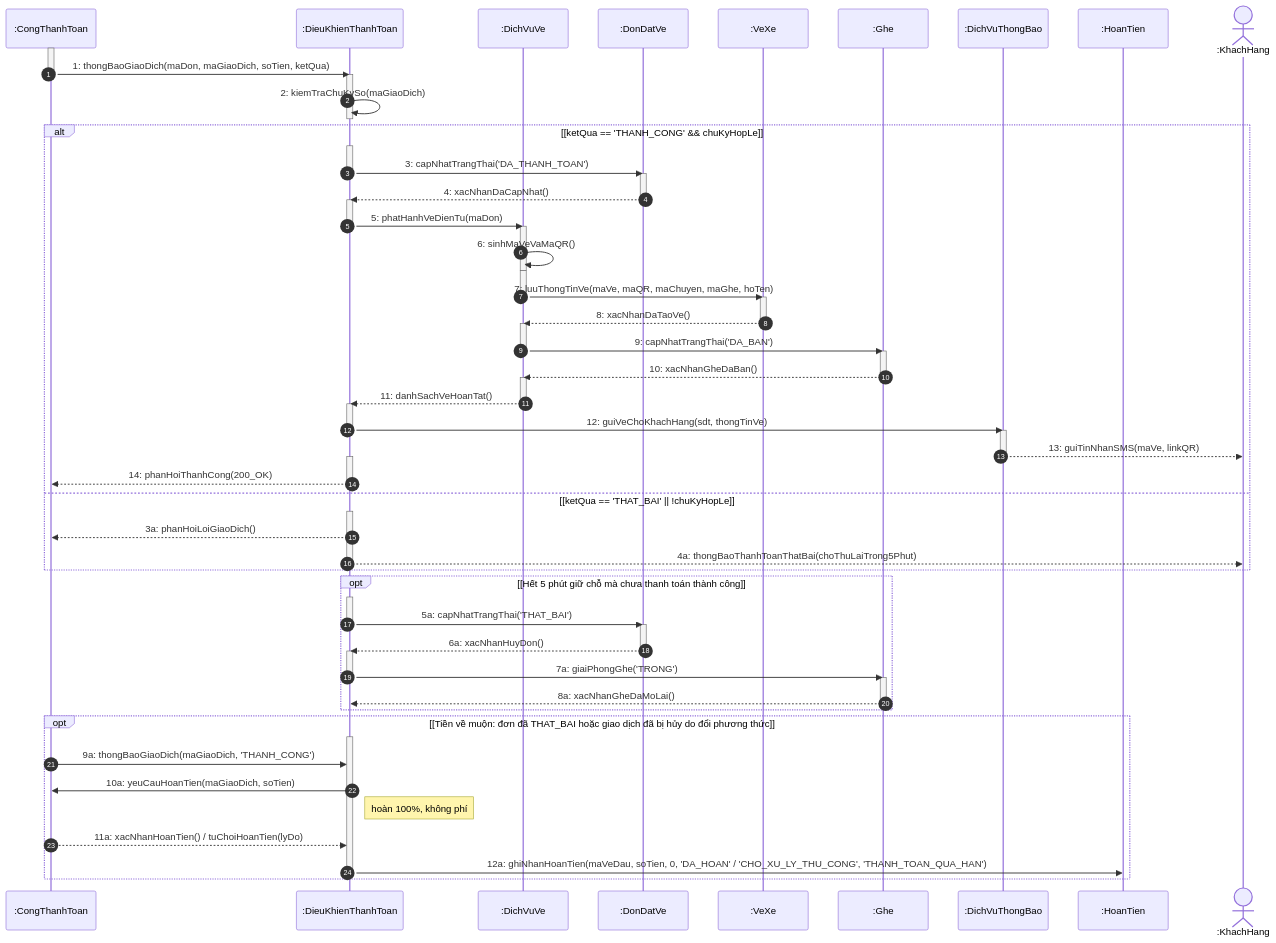
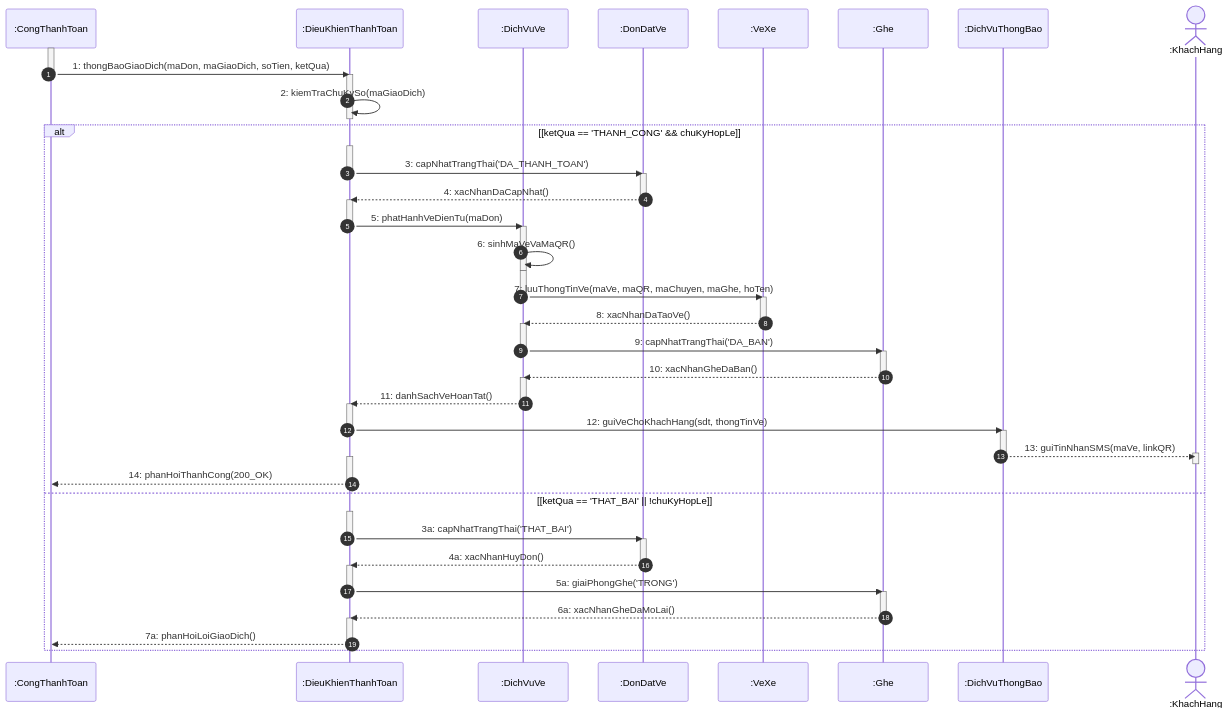
The fourth of 20 diagrams in docs/sequence/Sequence_diagram.md (Longcodepro/Project_OOAD_HK1_2026-2027), drawn with Mermaid before and after one commit. The commit also changed other lines of this file, not shown here.

Commit message:
Add 2.18 (UC18) in sequence diagram

````diff
--- a/docs/sequence/Sequence_diagram.md
+++ b/docs/sequence/Sequence_diagram.md
@@ -325,7 +331,6 @@
     participant VE as :VeXe
     participant GHE as :Ghe
     participant DV_TB as :DichVuThongBao
-    participant HT as :HoanTien
     actor KH as :KhachHang
 
     activate CTT
@@ -373,41 +378,29 @@
         activate DV_TB
         DV_TB -->> KH: 13: guiTinNhanSMS(maVe, linkQR)
         deactivate DV_TB
+        activate KH
+        deactivate KH
 
         activate DK_TT
         DK_TT -->> CTT: 14: phanHoiThanhCong(200_OK)
         deactivate DK_TT
     else [ketQua == 'THAT_BAI' || !chuKyHopLe]
         activate DK_TT
-        DK_TT -->> CTT: 3a: phanHoiLoiGiaoDich()
-        deactivate DK_TT
-        activate DK_TT
-        DK_TT -->> KH: 4a: thongBaoThanhToanThatBai(choThuLaiTrong5Phut)
-        deactivate DK_TT
-    end
-
-    opt [Hết 5 phút giữ chỗ mà chưa thanh toán thành công]
-        activate DK_TT
-        DK_TT ->> DON: 5a: capNhatTrangThai('THAT_BAI')
+        DK_TT ->> DON: 3a: capNhatTrangThai('THAT_BAI')
         deactivate DK_TT
         activate DON
-        DON -->> DK_TT: 6a: xacNhanHuyDon()
+        DON -->> DK_TT: 4a: xacNhanHuyDon()
         deactivate DON
+
         activate DK_TT
-        DK_TT ->> GHE: 7a: giaiPhongGhe('TRONG')
+        DK_TT ->> GHE: 5a: giaiPhongGhe('TRONG')
         deactivate DK_TT
         activate GHE
-        GHE -->> DK_TT: 8a: xacNhanGheDaMoLai()
+        GHE -->> DK_TT: 6a: xacNhanGheDaMoLai()
         deactivate GHE
-    end
 
-    opt [Tiền về muộn: đơn đã THAT_BAI hoặc giao dịch đã bị hủy do đổi phương thức]
         activate DK_TT
-        CTT ->> DK_TT: 9a: thongBaoGiaoDich(maGiaoDich, 'THANH_CONG')
-        DK_TT ->> CTT: 10a: yeuCauHoanTien(maGiaoDich, soTien)
-        Note right of DK_TT: hoàn 100%, không phí
-        CTT -->> DK_TT: 11a: xacNhanHoanTien() / tuChoiHoanTien(lyDo)
-        DK_TT ->> HT: 12a: ghiNhanHoanTien(maVeDau, soTien, 0, 'DA_HOAN' / 'CHO_XU_LY_THU_CONG', 'THANH_TOAN_QUA_HAN')
+        DK_TT -->> CTT: 7a: phanHoiLoiGiaoDich()
         deactivate DK_TT
     end
 ```
````
